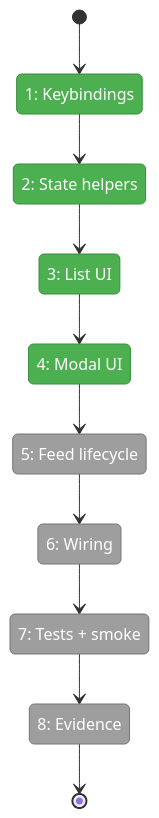
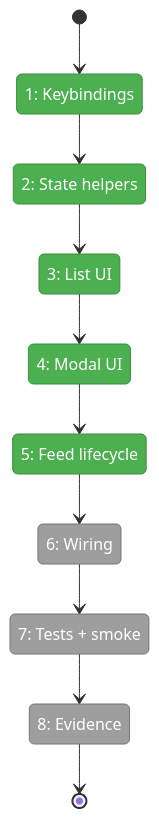
Before and after one commit to vaughanknight/pij: the first of 2 diagrams in docs/plans/007-options-for-pi-extensions-that-do-subagents/tasks/phase-2-full-modal-minih-run-viewer/tasks.fltplan.md, drawn with Mermaid. The commit also changed other lines of this file and 4 other files, not shown here.

````diff
--- a/docs/plans/007-options-for-pi-extensions-that-do-subagents/tasks/phase-2-full-modal-minih-run-viewer/tasks.fltplan.md
+++ b/docs/plans/007-options-for-pi-extensions-that-do-subagents/tasks/phase-2-full-modal-minih-run-viewer/tasks.fltplan.md
@@ -43,29 +43,29 @@
 ```mermaid
 stateDiagram-v2
     classDef pending fill:#9E9E9E,stroke:#757575,color:#fff
     classDef active fill:#FFC107,stroke:#FFA000,color:#000
     classDef done fill:#4CAF50,stroke:#388E3C,color:#fff
     classDef blocked fill:#F44336,stroke:#D32F2F,color:#fff
 
     state "1: Keybindings" as S1
     state "2: State helpers" as S2
     state "3: List UI" as S3
     state "4: Modal UI" as S4
     state "5: Feed lifecycle" as S5
     state "6: Wiring" as S6
     state "7: Tests + smoke" as S7
     state "8: Evidence" as S8
 
     [*] --> S1
     S1 --> S2
     S2 --> S3
     S3 --> S4
     S4 --> S5
     S5 --> S6
     S6 --> S7
     S7 --> S8
     S8 --> [*]
 
-    class S1,S2,S3,S4 done
-    class S5,S6,S7,S8 pending
+    class S1,S2,S3,S4,S5 done
+    class S6,S7,S8 pending
 ```
````
